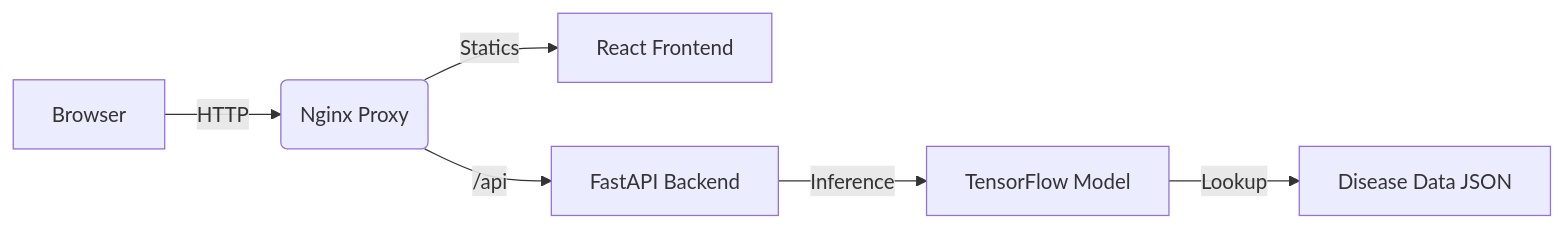
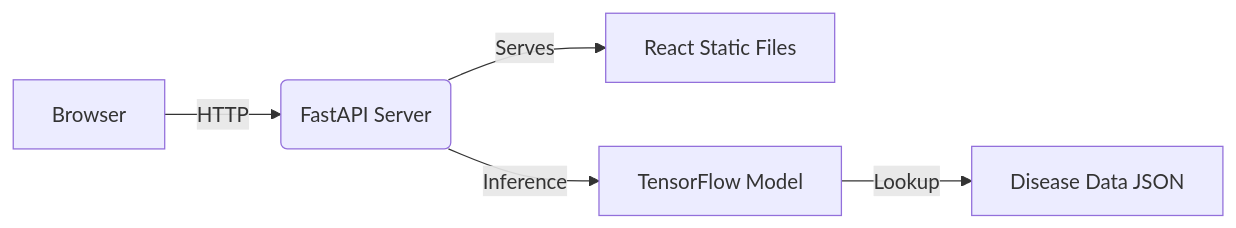
Before and after one commit to masumbillah21/crop-disease-ai-detector: the diagram in README.md, drawn with Mermaid. The commit also changed other lines of this file and 3 other files, not shown here.

Commit message:
feat: Containerize application with Docker, prefix API endpoints with `/api`, serve a static frontend with SPA routing, and improve model loading robustness.

````diff
--- a/README.md
+++ b/README.md
@@ -37,8 +43,7 @@
 ```mermaid
 graph LR
-    A[Browser] -->|HTTP| B(Nginx Proxy)
-    B -->|Statics| C[React Frontend]
-    B -->|/api| D[FastAPI Backend]
-    D -->|Inference| E[TensorFlow Model]
-    E -->|Lookup| F[Disease Data JSON]
+    A[Browser] -->|HTTP| B(FastAPI Server)
+    B -->|Serves| C[React Static Files]
+    B -->|Inference| D[TensorFlow Model]
+    D -->|Lookup| E[Disease Data JSON]
 ```
````
